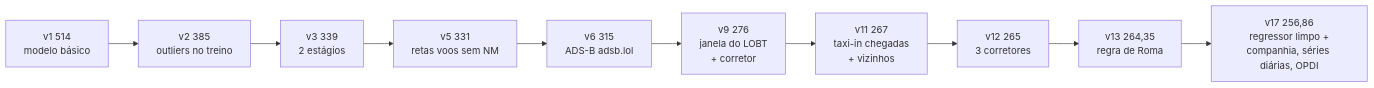
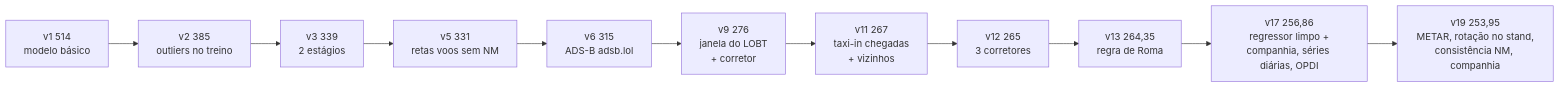
The first of 3 diagrams in docs/mapa.md (EnioAguiar/prc-taxiout-2026), drawn with Mermaid before and after one commit. The commit also changed other lines of this file and 3 other files, not shown here.

````diff
--- a/docs/mapa.md
+++ b/docs/mapa.md
@@ -44,12 +44,13 @@
 ```mermaid
 flowchart LR
     A["v1 514<br/>modelo básico"] --> B["v2 385<br/>outliers no treino"]
     B --> C["v3 339<br/>2 estágios"]
     C --> D["v5 331<br/>retas voos sem NM"]
     D --> E["v6 315<br/>ADS-B adsb.lol"]
     E --> F["v9 276<br/>janela do LOBT<br/>+ corretor"]
     F --> G["v11 267<br/>taxi-in chegadas<br/>+ vizinhos"]
     G --> H["v12 265<br/>3 corretores"]
     H --> I["v13 264,35<br/>regra de Roma"]
     I --> J2["v17 256,86<br/>regressor limpo +<br/>companhia, séries diárias, OPDI"]
+    J2 --> K["v19 253,95<br/>METAR, rotação no stand,<br/>consistência NM, companhia"]
 ```
````
